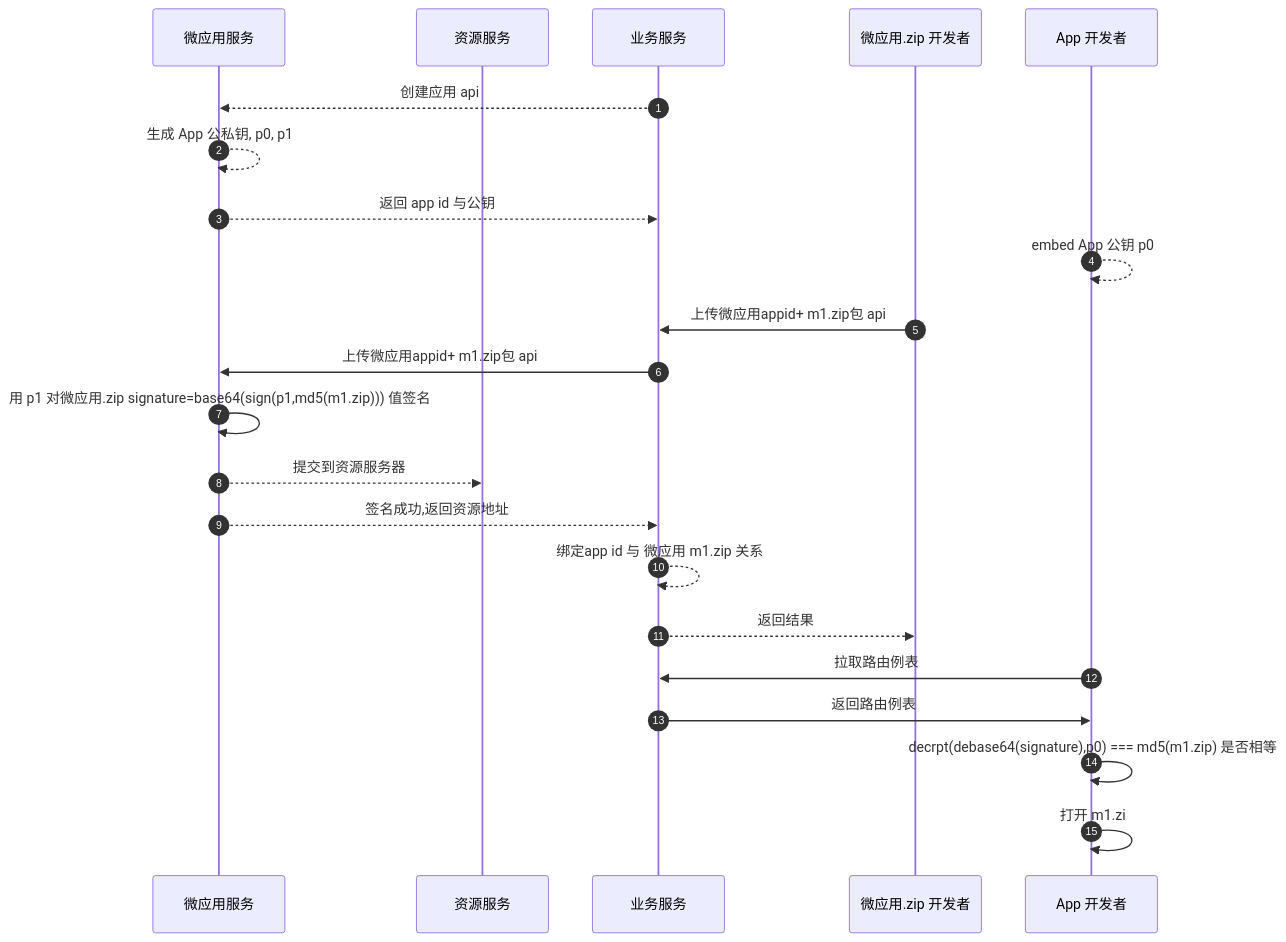
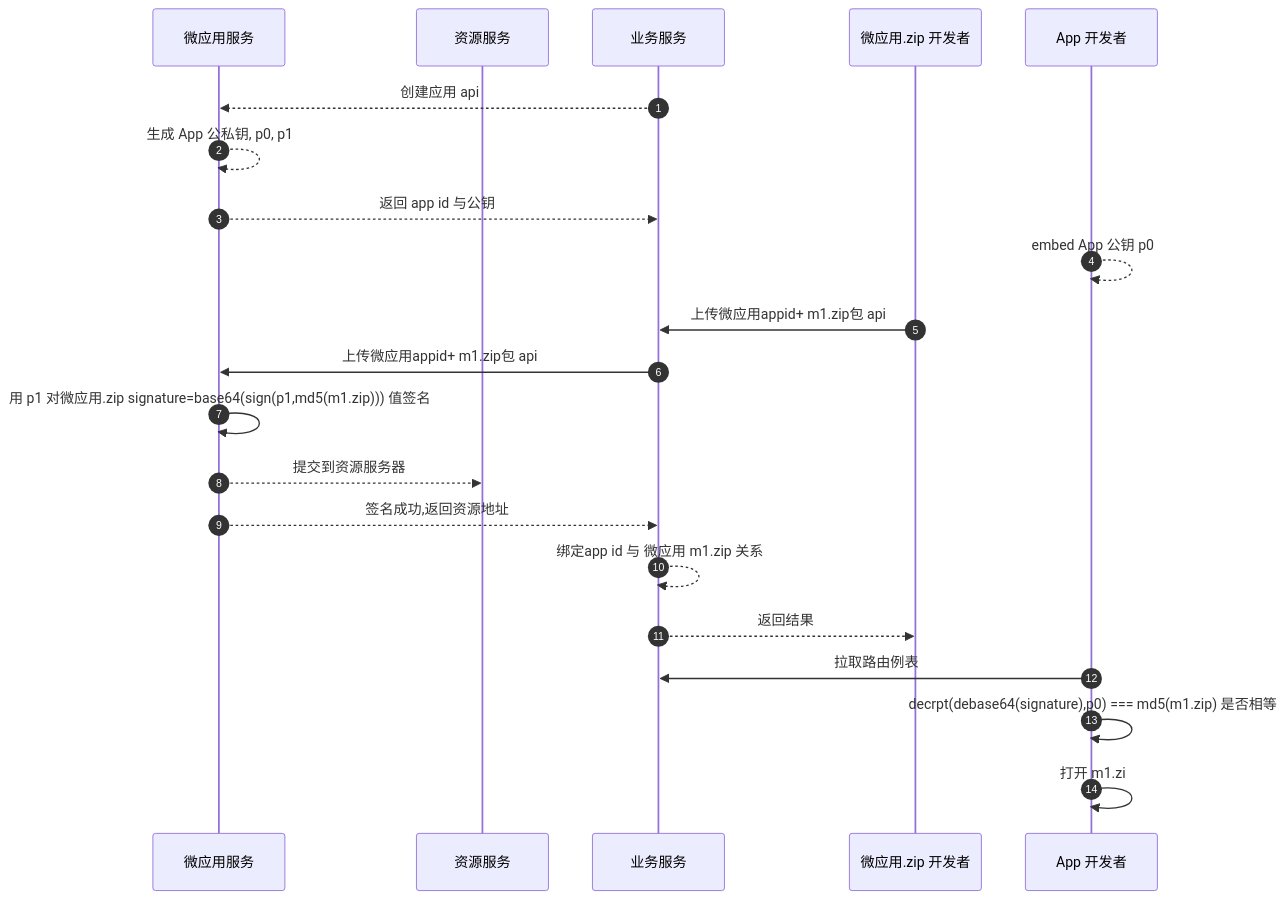
The first of 6 diagrams in modules/x-engine-docs/todos-1.0.md (zk4/x-engine), drawn with Mermaid before and after one commit. The commit also changed other lines of this file and 18 other files, not shown here.

````diff
--- a/modules/x-engine-docs/todos-1.0.md
+++ b/modules/x-engine-docs/todos-1.0.md
@@ -26,27 +63,27 @@
 ``` mermaid
 sequenceDiagram
 	  autonumber
     participant s as 微应用服务 
     participant r as 资源服务
     participant b as 业务服务
 	  participant u as 微应用.zip 开发者  
     participant a as App 开发者
 
 
     b-->>s: 创建应用 api
    	s-->>s: 生成 App 公私钥, p0, p1
 		s-->>b: 返回 app id 与公钥
    	a-->>a: embed App 公钥 p0
    	u->>b: 上传微应用appid+ m1.zip包 api
    	b->>s: 上传微应用appid+ m1.zip包 api
    	s->>s: 用 p1 对微应用.zip signature=base64(sign(p1,md5(m1.zip))) 值签名 
 	  s-->>r: 提交到资源服务器
 	  s-->>b: 签名成功,返回资源地址
 	  b-->>b: 绑定app id 与 微应用 m1.zip 关系
 	  b-->>u: 返回结果
 	  
 	  a->>b: 拉取路由例表
-	  b->>a: 返回路由例表
+
 	  a->>a: 	decrpt(debase64(signature),p0) === md5(m1.zip) 是否相等
     a->>a: 打开  m1.zi
 ```
````
